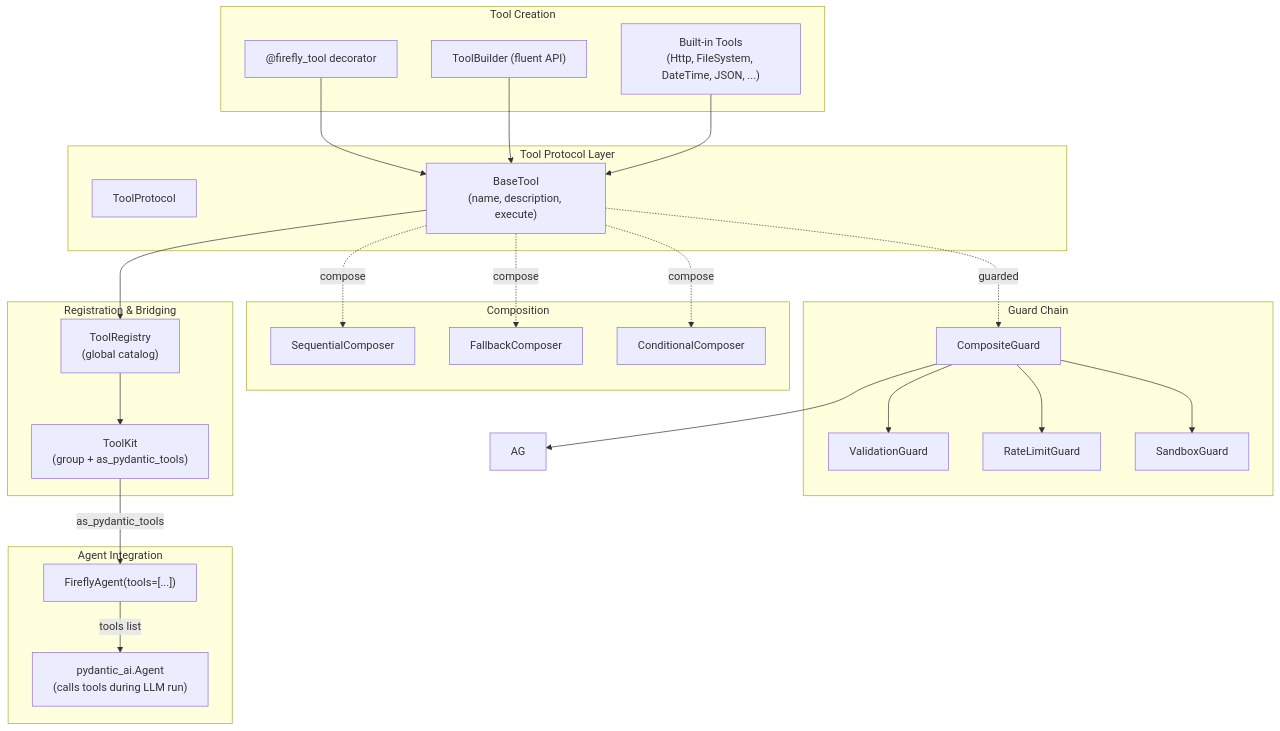
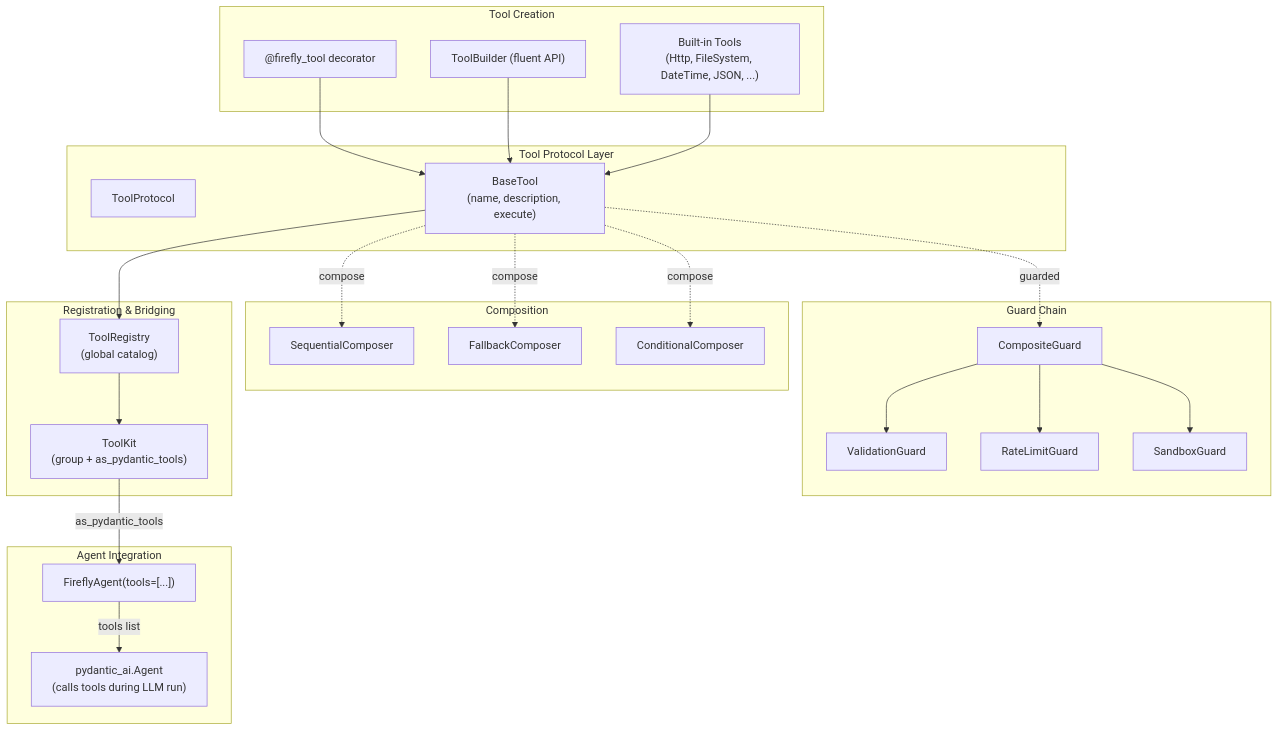
The second of 8 diagrams in docs/tutorial.md (fireflyframework/fireflyframework-agentic), drawn with Mermaid before and after one commit. The commit also changed other lines of this file and 7 other files, not shown here.

````diff
--- a/docs/tutorial.md
+++ b/docs/tutorial.md
@@ -639,52 +640,51 @@
 ```mermaid
 graph TB
     subgraph "Tool Creation"
         DEC["@firefly_tool decorator"]
         BLD["ToolBuilder (fluent API)"]
         BLT["Built-in Tools\n(Http, FileSystem, DateTime, JSON, ...)"]
     end
 
     subgraph "Tool Protocol Layer"
         TP["ToolProtocol"]
         BT["BaseTool\n(name, description, execute)"]
     end
 
     subgraph "Guard Chain"
         CG["CompositeGuard"]
         VG["ValidationGuard"]
         RG["RateLimitGuard"]
         SG["SandboxGuard"]
     end
 
     subgraph "Composition"
         SEQ["SequentialComposer"]
         FB["FallbackComposer"]
         COND["ConditionalComposer"]
     end
 
     subgraph "Registration & Bridging"
         TR["ToolRegistry\n(global catalog)"]
         TK["ToolKit\n(group + as_pydantic_tools)"]
     end
 
     subgraph "Agent Integration"
         FA["FireflyAgent(tools=[...])"]
         PAI["pydantic_ai.Agent\n(calls tools during LLM run)"]
     end
 
     DEC --> BT
     BLD --> BT
     BLT --> BT
     BT --> TR
     BT -.->|"guarded"| CG
     CG --> VG
     CG --> RG
     CG --> SG
-    CG --> AG
     BT -.->|"compose"| SEQ
     BT -.->|"compose"| FB
     BT -.->|"compose"| COND
     TR --> TK
     TK -->|"as_pydantic_tools"| FA
     FA -->|"tools list"| PAI
 ```
````
